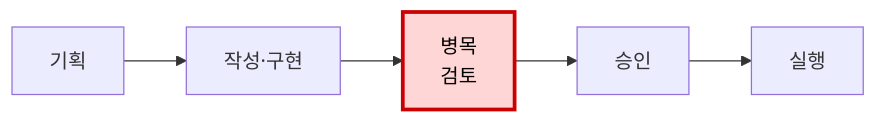
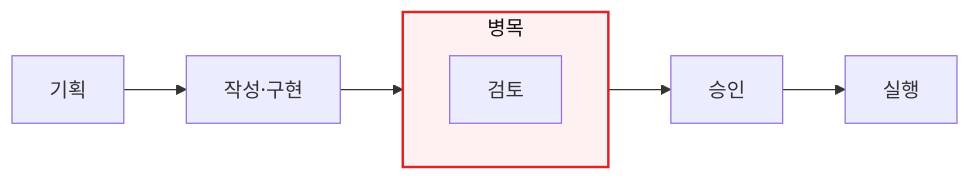
One commit to garam-park/garam-park.github.io changed the third of 3 diagrams in _posts/2026-07-19-ai-productivity-paradox.md. Above: the diagram before and after it, drawn with Mermaid. The commit also changed other lines of this file, not shown here.

Commit message:
docs: show bottlenecks as grouped boxes

````diff
--- a/_posts/2026-07-19-ai-productivity-paradox.md
+++ b/_posts/2026-07-19-ai-productivity-paradox.md
@@ -97,6 +109,18 @@
 ```mermaid
 flowchart LR
-    A[기획] --> B[작성·구현] --> C[병목<br/>검토] --> D[승인] --> E[실행]
-    classDef bottleneck fill:#ffd6d6,stroke:#c00,stroke-width:3px,color:#000
-    class C bottleneck
+    A[기획]
+    B[작성·구현]
+
+    subgraph X[병목]
+        direction LR
+        C[검토]
+    end
+
+    D[승인]
+    E[실행]
+
+    A --> B --> C --> D --> E
+
+    classDef bottleneckBox fill:#fff1f2,stroke:#dc2626,stroke-width:2px,color:#111
+    class X bottleneckBox
 ```
````
